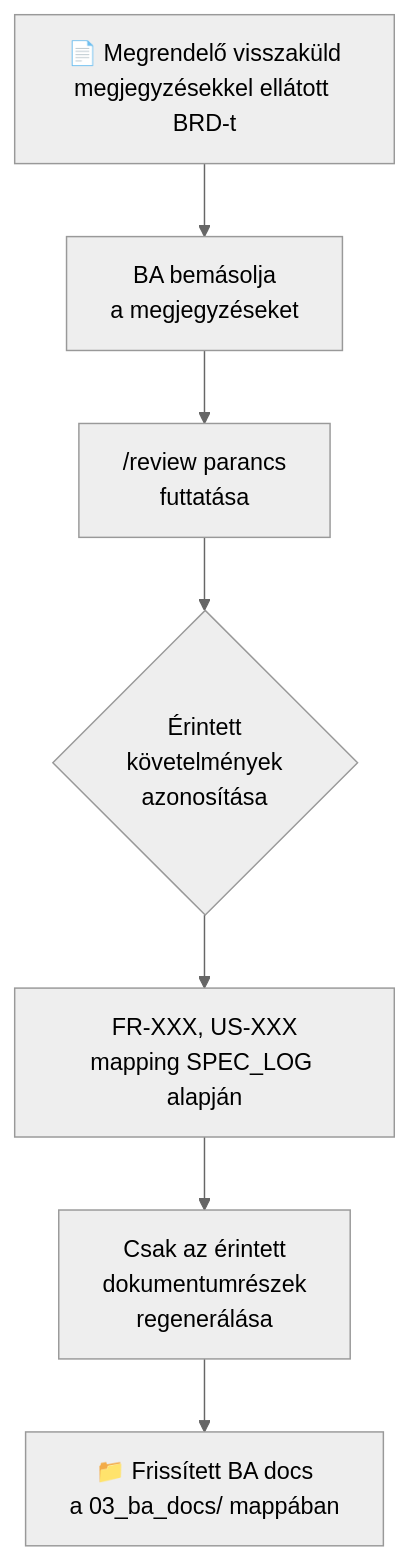
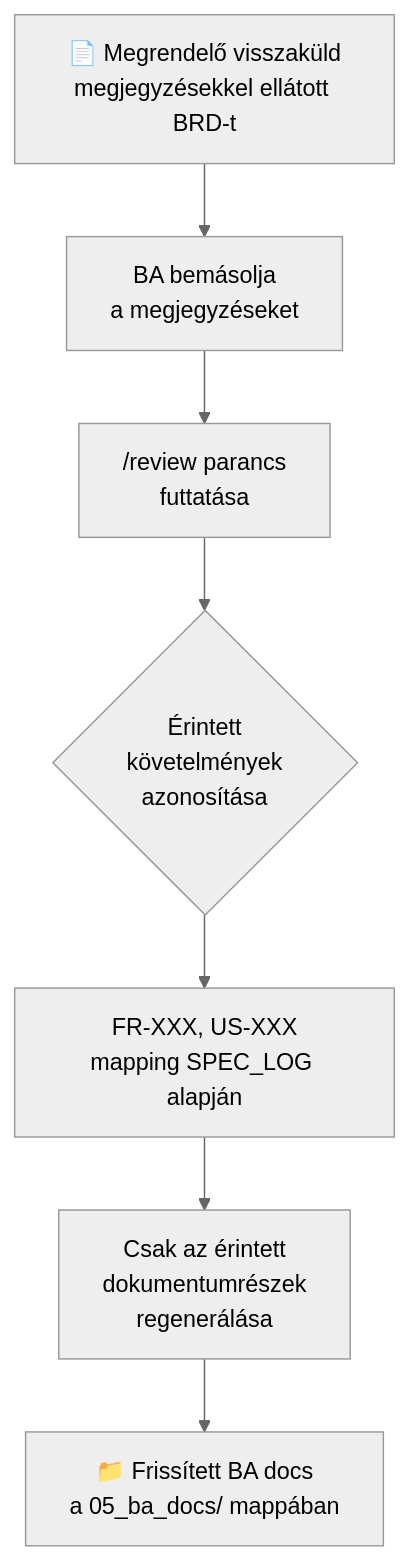
The second of 6 diagrams in devdocs/improvements.md (exphoenee/ba-team-docs), drawn with Mermaid (neutral theme) before and after one commit. The commit also changed other lines of this file and 35 other files, not shown here.

````diff
--- a/devdocs/improvements.md
+++ b/devdocs/improvements.md
@@ -48,9 +48,9 @@
 ```mermaid
 flowchart TD
     A["📄 Megrendelő visszaküld\nmegjegyzésekkel ellátott BRD-t"] --> B["BA bemásolja\na megjegyzéseket"]
     B --> C["/review parancs\nfuttatása"]
     C --> D{"Érintett\nkövetelmények\nazonosítása"}
     D --> E["FR-XXX, US-XXX\nmapping SPEC_LOG alapján"]
     E --> F["Csak az érintett\ndokumentumrészek\nregenerálása"]
-    F --> G["📁 Frissített BA docs\na 03_ba_docs/ mappában"]
+    F --> G["📁 Frissített BA docs\na 05_ba_docs/ mappában"]
 ```
````
